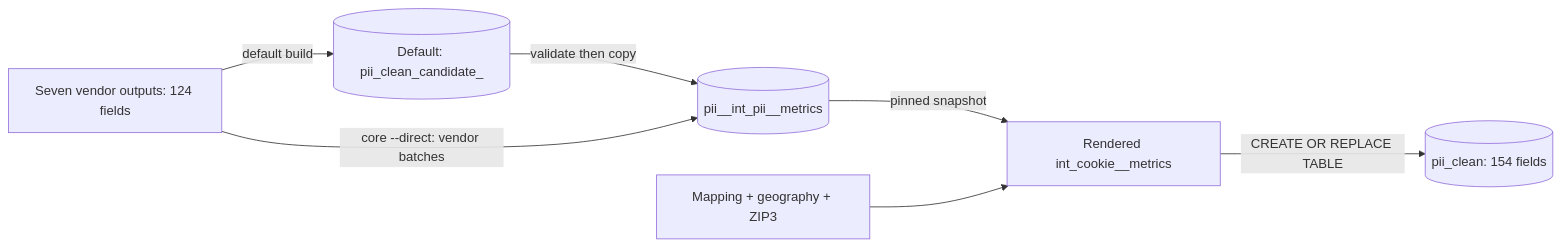
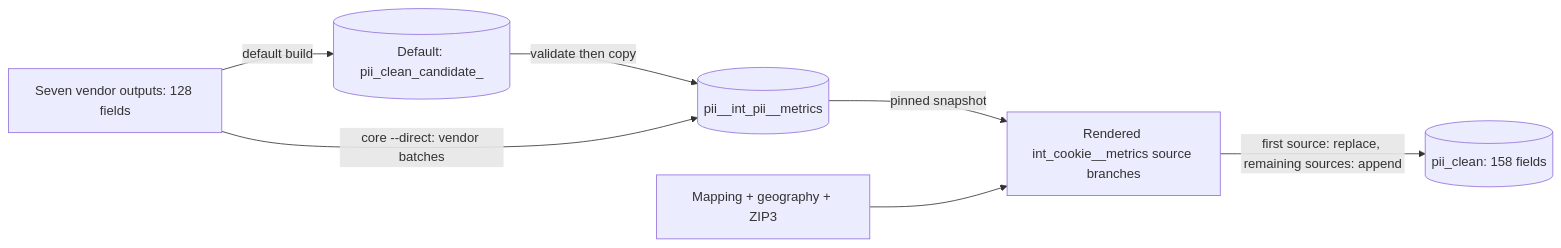
Before and after one commit to pp-jteixeira/nscreen-identity-resolution: the third of 3 diagrams in vendor_quality_measurement/pii_clean/docs/table_dependencies.md, drawn with Mermaid. The commit also changed other lines of this file and 50 other files, not shown here.

````diff
--- a/vendor_quality_measurement/pii_clean/docs/table_dependencies.md
+++ b/vendor_quality_measurement/pii_clean/docs/table_dependencies.md
@@ -136,15 +138,15 @@
 ```mermaid
 flowchart LR
-  vendors["Seven vendor outputs: 124 fields"]
+  vendors["Seven vendor outputs: 128 fields"]
   candidate[("Default: pii_clean_candidate_<id>")]
   core[("pii__int_pii__metrics")]
-  cookie["Rendered int_cookie__metrics"]
+  cookie["Rendered int_cookie__metrics source branches"]
   feeds["Mapping + geography + ZIP3"]
-  final[("pii_clean: 154 fields")]
+  final[("pii_clean: 158 fields")]
   vendors -->|default build| candidate
   candidate -->|validate then copy| core
   vendors -->|core --direct: vendor batches| core
   core -->|pinned snapshot| cookie
   feeds --> cookie
-  cookie -->|CREATE OR REPLACE TABLE| final
+  cookie -->|first source: replace, remaining sources: append| final
 ```
````
